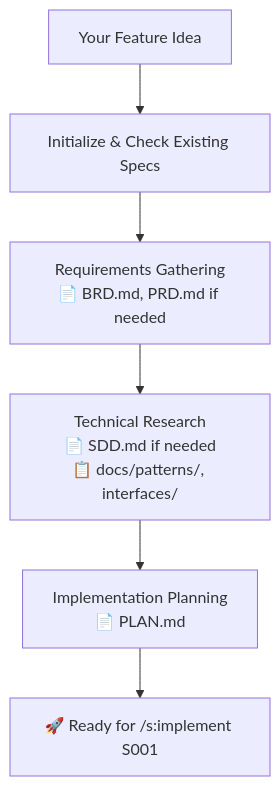
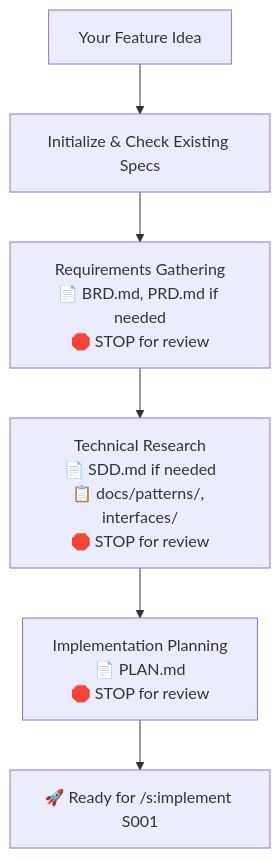
Before and after one commit to rsmdt/the-startup: the first of 3 diagrams in README.md, drawn with Mermaid. The commit also changed other lines of this file, not shown here.

````diff
--- a/README.md
+++ b/README.md
@@ -146,8 +188,8 @@
 ```mermaid
 flowchart TD
     A[Your Feature Idea] --> B[Initialize & Check Existing Specs]
-    B --> C[Requirements Gathering<br/>📄 BRD.md, PRD.md if needed]
-    C --> D[Technical Research<br/>📄 SDD.md if needed<br/>📋 docs/patterns/, interfaces/]
-    D --> E[Implementation Planning<br/>📄 PLAN.md]
+    B --> C[Requirements Gathering<br/>📄 BRD.md, PRD.md if needed<br/>🛑 STOP for review]
+    C --> D[Technical Research<br/>📄 SDD.md if needed<br/>📋 docs/patterns/, interfaces/<br/>🛑 STOP for review]
+    D --> E[Implementation Planning<br/>📄 PLAN.md<br/>🛑 STOP for review]
     E --> F[🚀 Ready for /s:implement S001]
 ```
````
